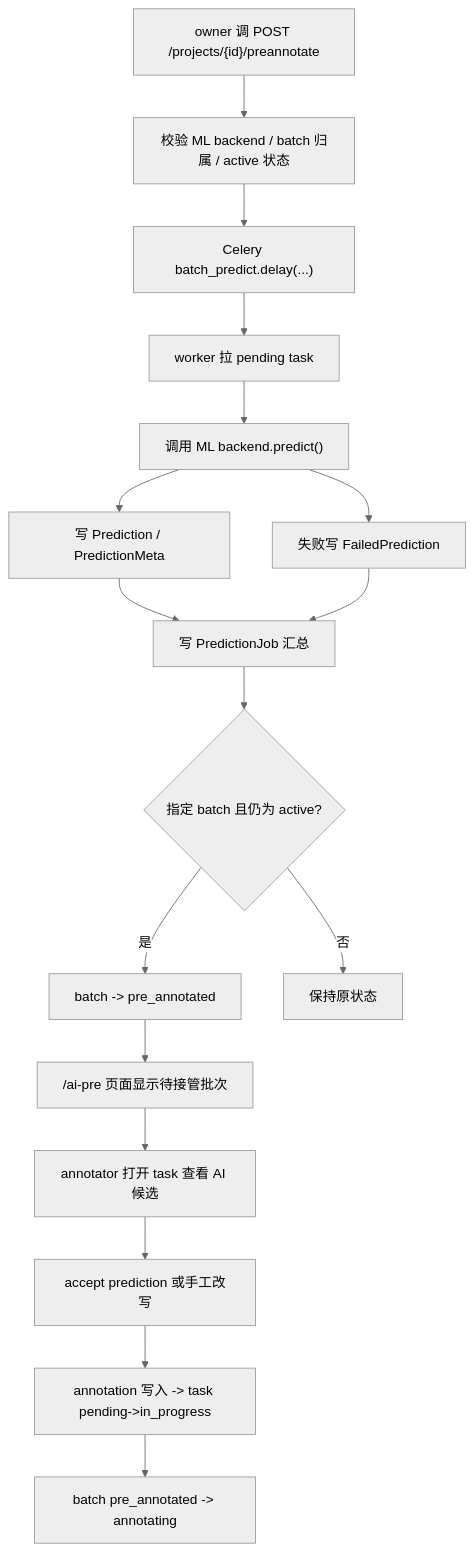
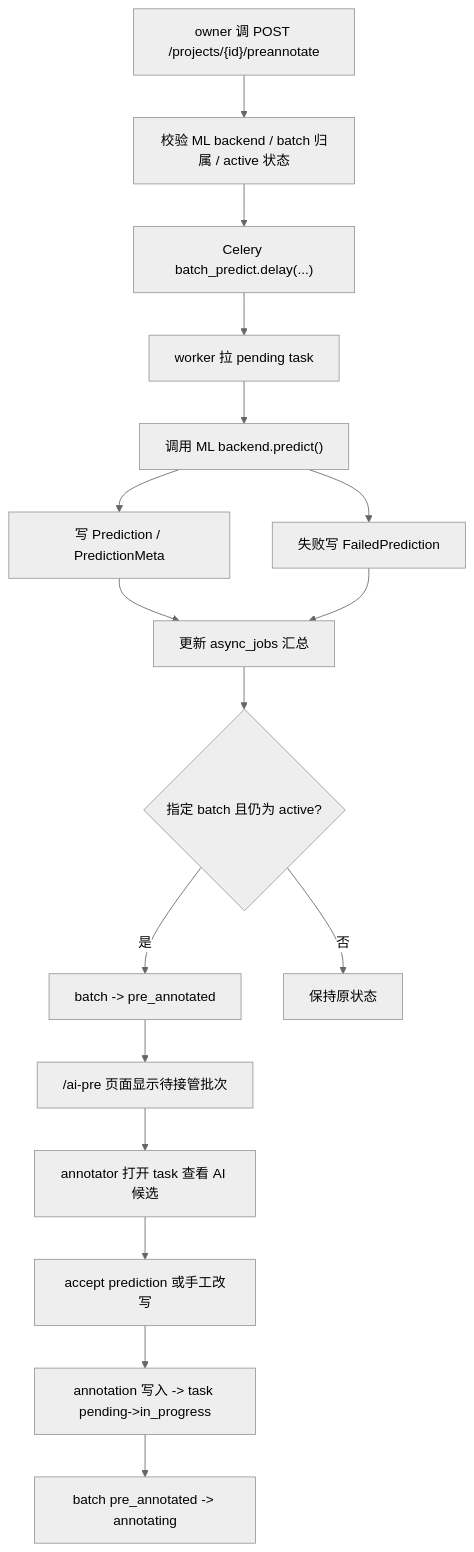
The diagram in docs-site/dev/concepts/ai-preannotate-handoff.md (yyq19990828/ai-annotation-platform), drawn with Mermaid (neutral theme) before and after one commit. The commit also changed other lines of this file and 64 other files, not shown here.

````diff
--- a/docs-site/dev/concepts/ai-preannotate-handoff.md
+++ b/docs-site/dev/concepts/ai-preannotate-handoff.md
@@ -38,19 +38,19 @@
 ```mermaid
 flowchart TD
   A["owner 调 POST /projects/{id}/preannotate"] --> B["校验 ML backend / batch 归属 / active 状态"]
   B --> C["Celery batch_predict.delay(...)"]
   C --> D["worker 拉 pending task"]
   D --> E["调用 ML backend.predict()"]
   E --> F["写 Prediction / PredictionMeta"]
   E --> G["失败写 FailedPrediction"]
-  F --> H["写 PredictionJob 汇总"]
+  F --> H["更新 async_jobs 汇总"]
   G --> H
   H --> I{"指定 batch 且仍为 active?"}
   I -->|是| J["batch -> pre_annotated"]
   I -->|否| K["保持原状态"]
   J --> L["/ai-pre 页面显示待接管批次"]
   L --> M["annotator 打开 task 查看 AI 候选"]
   M --> N["accept prediction 或手工改写"]
   N --> O["annotation 写入 -> task pending->in_progress"]
   O --> P["batch pre_annotated -> annotating"]
 ```
````
